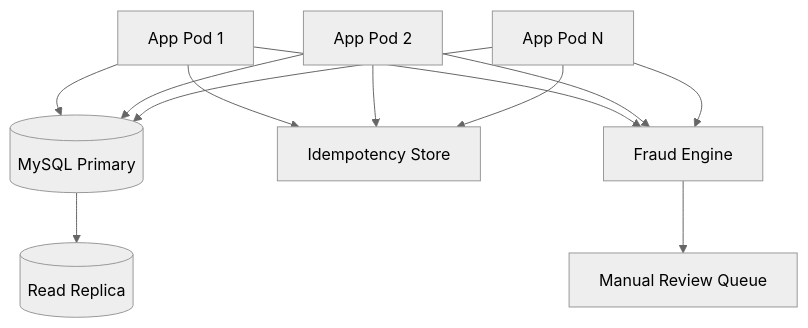
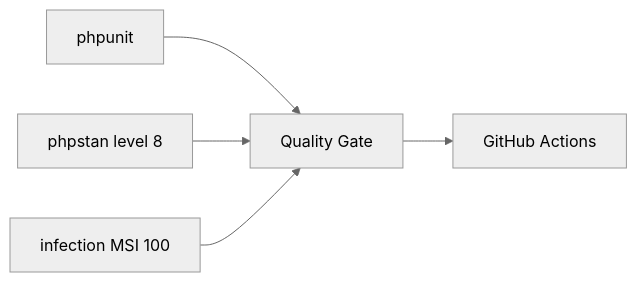
The fourth of 4 diagrams in docs/architecture-and-data-flow.md (nazbav/yii2-account-balance), drawn with Mermaid (neutral theme) before and after one commit. The commit also changed other lines of this file and 14 other files, not shown here.

````diff
--- a/docs/architecture-and-data-flow.md
+++ b/docs/architecture-and-data-flow.md
@@ -119,14 +95,7 @@
 ```mermaid
-flowchart TB
-    A[App Pod 1] --> D[(MySQL Primary)]
-    B[App Pod 2] --> D
-    C[App Pod N] --> D
-    D --> E[(Read Replica)]
-    A --> F[Idempotency Store]
-    B --> F
-    C --> F
-    A --> G[Fraud Engine]
-    B --> G
-    C --> G
-    G --> H[Manual Review Queue]
+flowchart LR
+    A[phpunit] --> D[Quality Gate]
+    B[phpstan level 8] --> D
+    C[infection MSI 100] --> D
+    D --> E[GitHub Actions]
 ```
````
